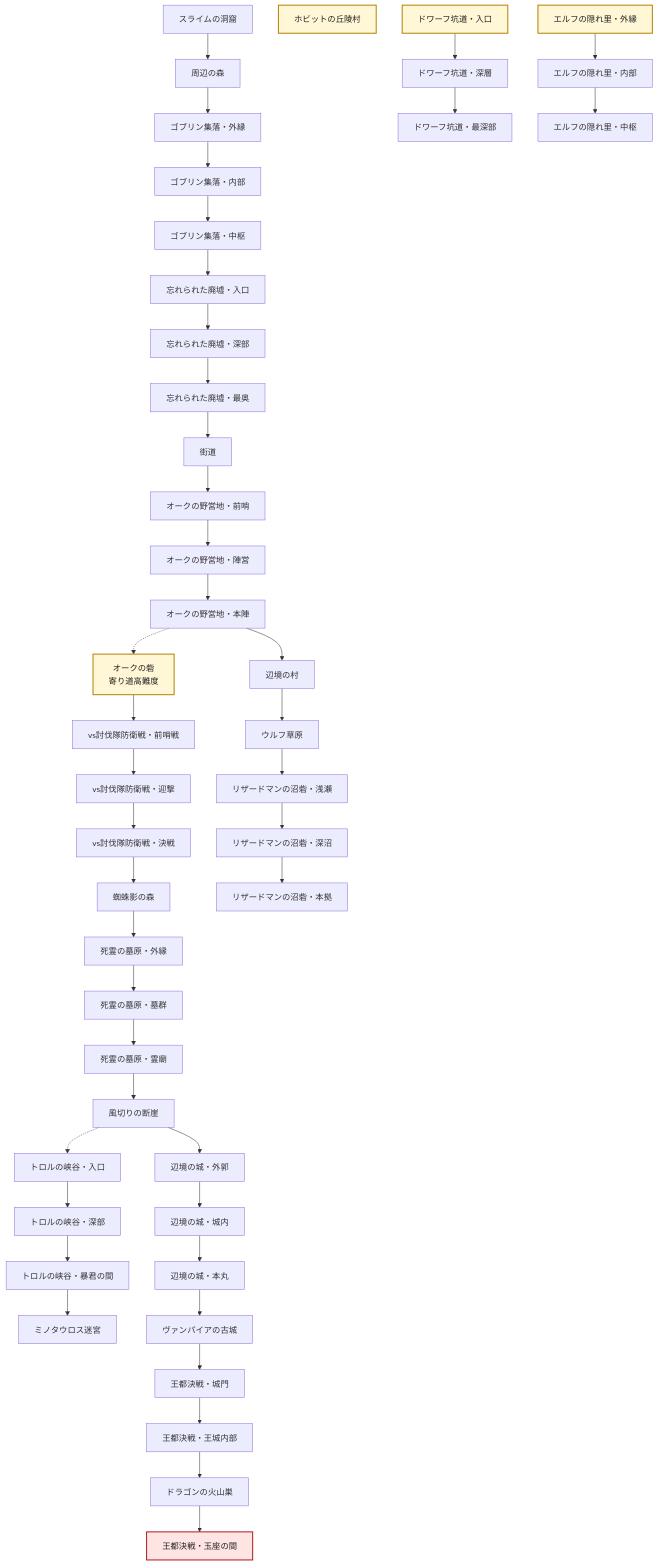
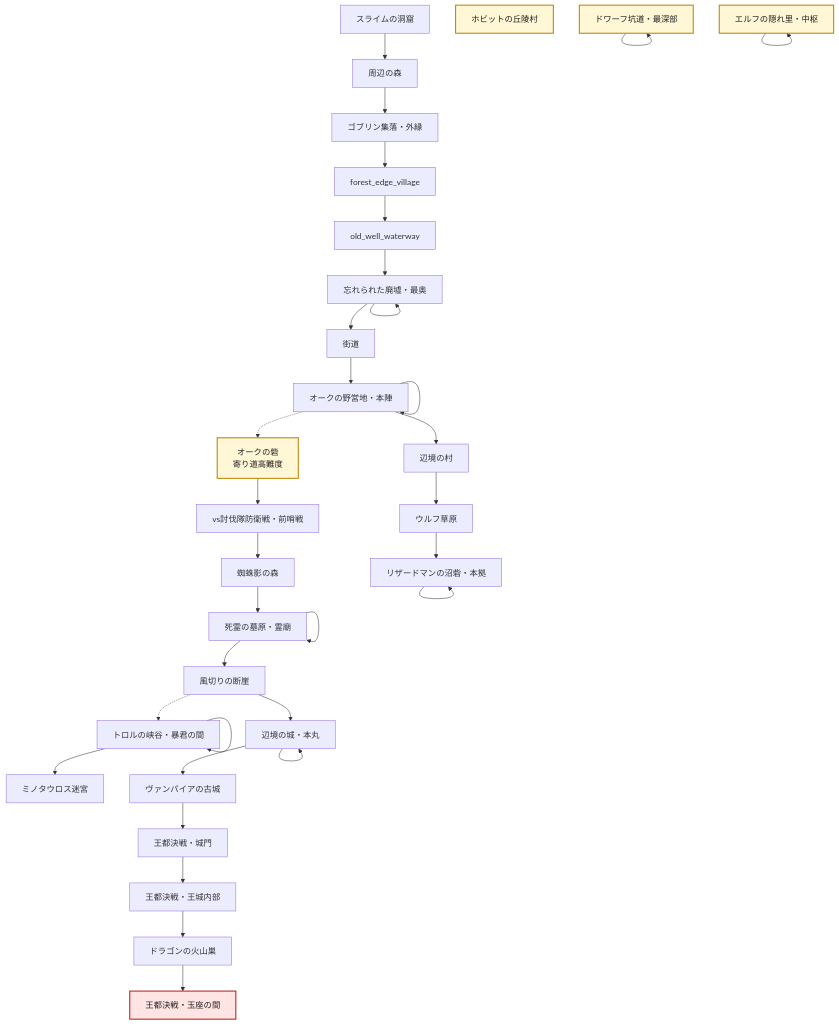
Before and after one commit to astapi/gobkin: the diagram in goblin_native/docs/expedition_unlock_routes.md, drawn with Mermaid. The commit also changed 82 other files, not shown here.

```diff
--- a/goblin_native/docs/expedition_unlock_routes.md
+++ b/goblin_native/docs/expedition_unlock_routes.md
@@ -17,43 +17,39 @@
   slime_cave["スライムの洞窟"]
   forest_outskirts["周辺の森"]
   goblin_village_1["ゴブリン集落・外縁"]
-  goblin_village_2["ゴブリン集落・内部"]
-  goblin_village_3["ゴブリン集落・中枢"]
   undead_ruins_1["忘れられた廃墟・入口"]
-  undead_ruins_2["忘れられた廃墟・深部"]
-  undead_ruins_3["忘れられた廃墟・最奥"]
+  undead_ruins_1["忘れられた廃墟・深部"]
+  undead_ruins_1["忘れられた廃墟・最奥"]
   road_1["街道"]
   orc_camp_1["オークの野営地・前哨"]
-  orc_camp_2["オークの野営地・陣営"]
-  orc_camp_3["オークの野営地・本陣"]
+  orc_camp_1["オークの野営地・陣営"]
+  orc_camp_1["オークの野営地・本陣"]
   orc_fortress_1["オークの砦<br/>寄り道高難度"]
   wolf_grassland_1["ウルフ草原"]
   subjugation_force_1["vs討伐隊防衛戦・前哨戦"]
-  subjugation_force_2["vs討伐隊防衛戦・迎撃"]
-  subjugation_force_3["vs討伐隊防衛戦・決戦"]
   spider_forest_1["蜘蛛影の森"]
   dead_grave_1["死霊の墓原・外縁"]
-  dead_grave_2["死霊の墓原・墓群"]
-  dead_grave_3["死霊の墓原・霊廟"]
+  dead_grave_1["死霊の墓原・墓群"]
+  dead_grave_1["死霊の墓原・霊廟"]
   human_village["辺境の村"]
   hobbit_hills_1["ホビットの丘陵村"]
   dwarf_mine_1["ドワーフ坑道・入口"]
-  dwarf_mine_2["ドワーフ坑道・深層"]
-  dwarf_mine_3["ドワーフ坑道・最深部"]
+  dwarf_mine_1["ドワーフ坑道・深層"]
+  dwarf_mine_1["ドワーフ坑道・最深部"]
   elf_forest_1["エルフの隠れ里・外縁"]
-  elf_forest_2["エルフの隠れ里・内部"]
-  elf_forest_3["エルフの隠れ里・中枢"]
+  elf_forest_1["エルフの隠れ里・内部"]
+  elf_forest_1["エルフの隠れ里・中枢"]
   lizardman_swamp_1["リザードマンの沼砦・浅瀬"]
-  lizardman_swamp_2["リザードマンの沼砦・深沼"]
-  lizardman_swamp_3["リザードマンの沼砦・本拠"]
+  lizardman_swamp_1["リザードマンの沼砦・深沼"]
+  lizardman_swamp_1["リザードマンの沼砦・本拠"]
   harpy_cliff_1["風切りの断崖"]
   troll_canyon_1["トロルの峡谷・入口"]
-  troll_canyon_2["トロルの峡谷・深部"]
-  troll_canyon_3["トロルの峡谷・暴君の間"]
+  troll_canyon_1["トロルの峡谷・深部"]
+  troll_canyon_1["トロルの峡谷・暴君の間"]
   minotaur_labyrinth_1["ミノタウロス迷宮"]
   human_fortress_1["辺境の城・外郭"]
-  human_fortress_2["辺境の城・城内"]
-  human_fortress_3["辺境の城・本丸"]
+  human_fortress_1["辺境の城・城内"]
+  human_fortress_1["辺境の城・本丸"]
   vampire_castle_1["ヴァンパイアの古城"]
   royal_capital_1["王都決戦・城門"]
   royal_capital_2["王都決戦・王城内部"]
@@ -62,42 +58,40 @@
 
   slime_cave --> forest_outskirts
   forest_outskirts --> goblin_village_1
-  goblin_village_1 --> goblin_village_2
-  goblin_village_2 --> goblin_village_3
-  goblin_village_3 --> undead_ruins_1
-  undead_ruins_1 --> undead_ruins_2
-  undead_ruins_2 --> undead_ruins_3
-  undead_ruins_3 --> road_1
+  goblin_village_1 --> forest_edge_village
+  forest_edge_village --> old_well_waterway
+  old_well_waterway --> undead_ruins_1
+  undead_ruins_1 --> undead_ruins_1
+  undead_ruins_1 --> undead_ruins_1
+  undead_ruins_1 --> road_1
   road_1 --> orc_camp_1
-  orc_camp_1 --> orc_camp_2
-  orc_camp_2 --> orc_camp_3
-  orc_camp_3 --> human_village
+  orc_camp_1 --> orc_camp_1
+  orc_camp_1 --> orc_camp_1
+  orc_camp_1 --> human_village
   human_village --> wolf_grassland_1
   wolf_grassland_1 --> lizardman_swamp_1
-  orc_camp_3 -.-> orc_fortress_1
+  orc_camp_1 -.-> orc_fortress_1
   hobbit_hills_1
-  dwarf_mine_1 --> dwarf_mine_2
-  dwarf_mine_2 --> dwarf_mine_3
-  elf_forest_1 --> elf_forest_2
-  elf_forest_2 --> elf_forest_3
+  dwarf_mine_1 --> dwarf_mine_1
+  dwarf_mine_1 --> dwarf_mine_1
+  elf_forest_1 --> elf_forest_1
+  elf_forest_1 --> elf_forest_1
   orc_fortress_1 --> subjugation_force_1
-  subjugation_force_1 --> subjugation_force_2
-  subjugation_force_2 --> subjugation_force_3
-  subjugation_force_3 --> spider_forest_1
+  subjugation_force_1 --> spider_forest_1
   spider_forest_1 --> dead_grave_1
-  dead_grave_1 --> dead_grave_2
-  dead_grave_2 --> dead_grave_3
-  dead_grave_3 --> harpy_cliff_1
+  dead_grave_1 --> dead_grave_1
+  dead_grave_1 --> dead_grave_1
+  dead_grave_1 --> harpy_cliff_1
   harpy_cliff_1 --> human_fortress_1
-  lizardman_swamp_1 --> lizardman_swamp_2
-  lizardman_swamp_2 --> lizardman_swamp_3
+  lizardman_swamp_1 --> lizardman_swamp_1
+  lizardman_swamp_1 --> lizardman_swamp_1
   harpy_cliff_1 -.-> troll_canyon_1
-  troll_canyon_1 --> troll_canyon_2
-  troll_canyon_2 --> troll_canyon_3
-  troll_canyon_3 --> minotaur_labyrinth_1
-  human_fortress_1 --> human_fortress_2
-  human_fortress_2 --> human_fortress_3
-  human_fortress_3 --> vampire_castle_1
+  troll_canyon_1 --> troll_canyon_1
+  troll_canyon_1 --> troll_canyon_1
+  troll_canyon_1 --> minotaur_labyrinth_1
+  human_fortress_1 --> human_fortress_1
+  human_fortress_1 --> human_fortress_1
+  human_fortress_1 --> vampire_castle_1
   vampire_castle_1 --> royal_capital_1
   royal_capital_1 --> royal_capital_2
   royal_capital_2 --> dragon_volcano_1
```
